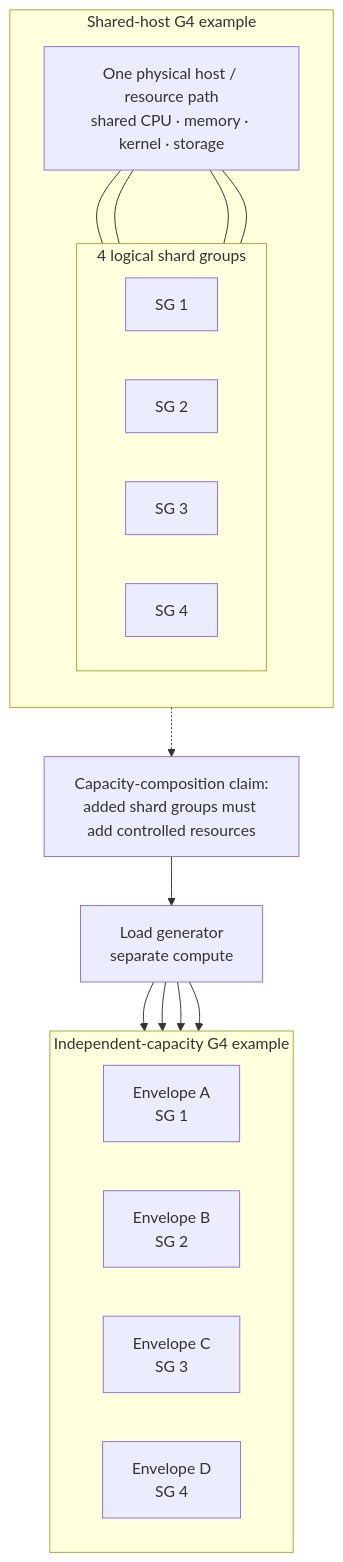
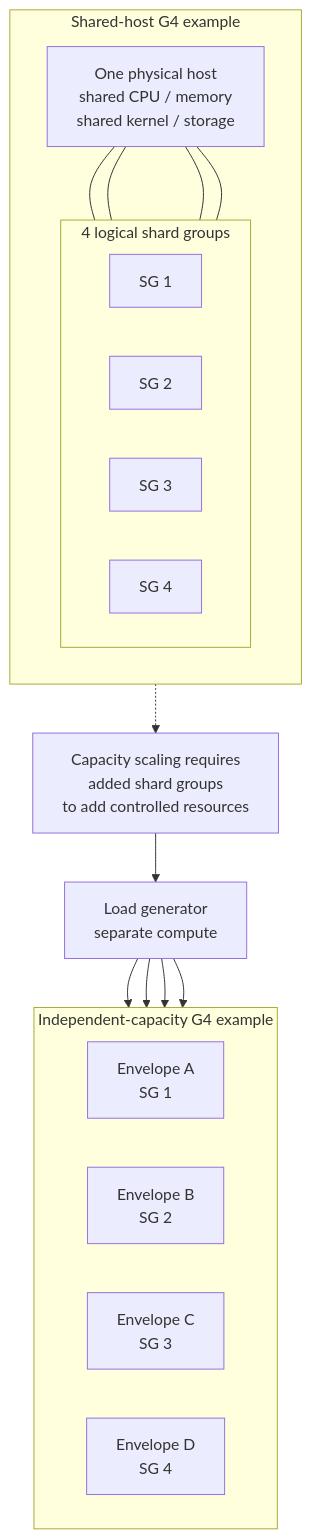
One commit to nancysworld/alloca-go changed the diagram in docs/design/horizontal-scaling.md. Above: the diagram before and after it, drawn with Mermaid.

Commit message:
docs: prevent Mermaid capacity labels from clipping

````diff
--- a/docs/design/horizontal-scaling.md
+++ b/docs/design/horizontal-scaling.md
@@ -274,37 +274,37 @@
 ```mermaid
 flowchart TB
     subgraph shared["Shared-host G4 example"]
         direction TB
-        host["One physical host / resource path<br/>shared CPU · memory · kernel · storage"]
+        host["One physical host<br/>shared CPU / memory<br/>shared kernel / storage"]
         subgraph logical["4 logical shard groups"]
             direction LR
             s1["SG 1"]
             s2["SG 2"]
             s3["SG 3"]
             s4["SG 4"]
         end
         host --- s1
         host --- s2
         host --- s3
         host --- s4
     end
 
-    rule["Capacity-composition claim:<br/>added shard groups must add controlled resources"]
+    rule["Capacity scaling requires<br/>added shard groups<br/>to add controlled resources"]
     host -.-> rule
 
     generator["Load generator<br/>separate compute"]
 
     subgraph independent["Independent-capacity G4 example"]
         direction LR
         u1["Envelope A<br/>SG 1"]
         u2["Envelope B<br/>SG 2"]
         u3["Envelope C<br/>SG 3"]
         u4["Envelope D<br/>SG 4"]
     end
 
     rule --> generator
     generator --> u1
     generator --> u2
     generator --> u3
     generator --> u4
 ```
````
